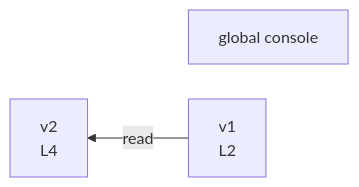
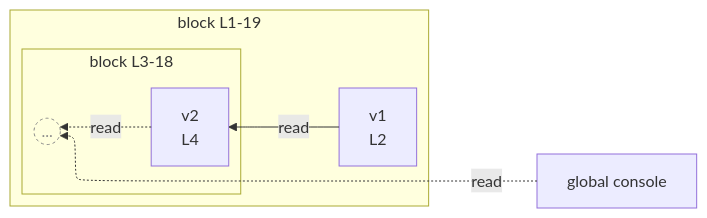
The diagram in integration/fixtures/app-behavior/depth/block/depth-2/preview.md (crescware/unsnarl), drawn with Mermaid before and after one commit. The commit also changed 106 other files, not shown here.

````diff
--- a/integration/fixtures/app-behavior/depth/block/depth-2/preview.md
+++ b/integration/fixtures/app-behavior/depth/block/depth-2/preview.md
@@ -29,8 +29,19 @@
 ```mermaid
 %%{init: {"flowchart": {"defaultRenderer": "elk"}}}%%
 flowchart RL
   n_scope_0_console_185["global console"]
-  n_scope_1_v1_10["v1<br/>L2"]
-  n_scope_2_v2_32["v2<br/>L4"]
+  subgraph s_scope_1["block L1-19"]
+    direction RL
+    n_scope_1_v1_10["v1<br/>L2"]
+    subgraph s_scope_2["block L3-18"]
+      direction RL
+      n_scope_2_v2_32["v2<br/>L4"]
+      beyond_depth_s_scope_2((...))
+    end
+  end
   n_scope_1_v1_10 -->|read| n_scope_2_v2_32
+  n_scope_2_v2_32 -.->|read| beyond_depth_s_scope_2
+  n_scope_0_console_185 -.->|read| beyond_depth_s_scope_2
+  classDef boundaryStub fill:transparent,stroke:#888,stroke-dasharray:3 3,color:#888;
+  class beyond_depth_s_scope_2 boundaryStub;
 ```
````
